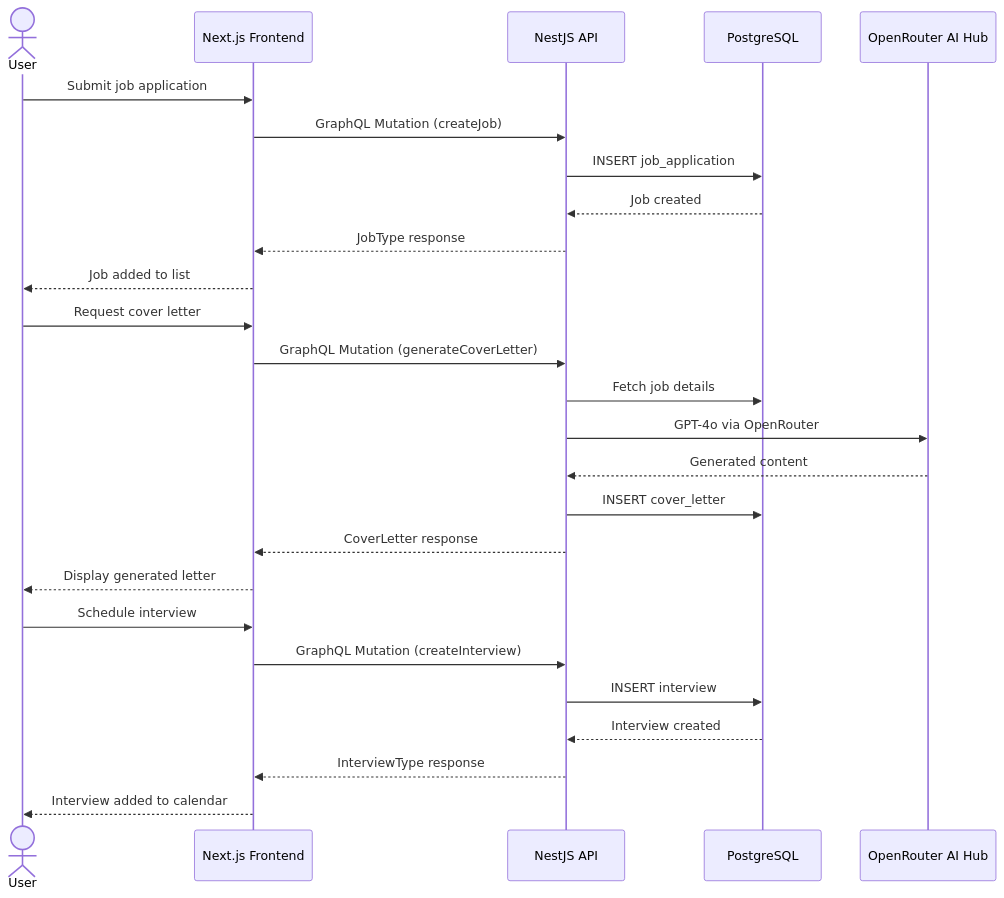
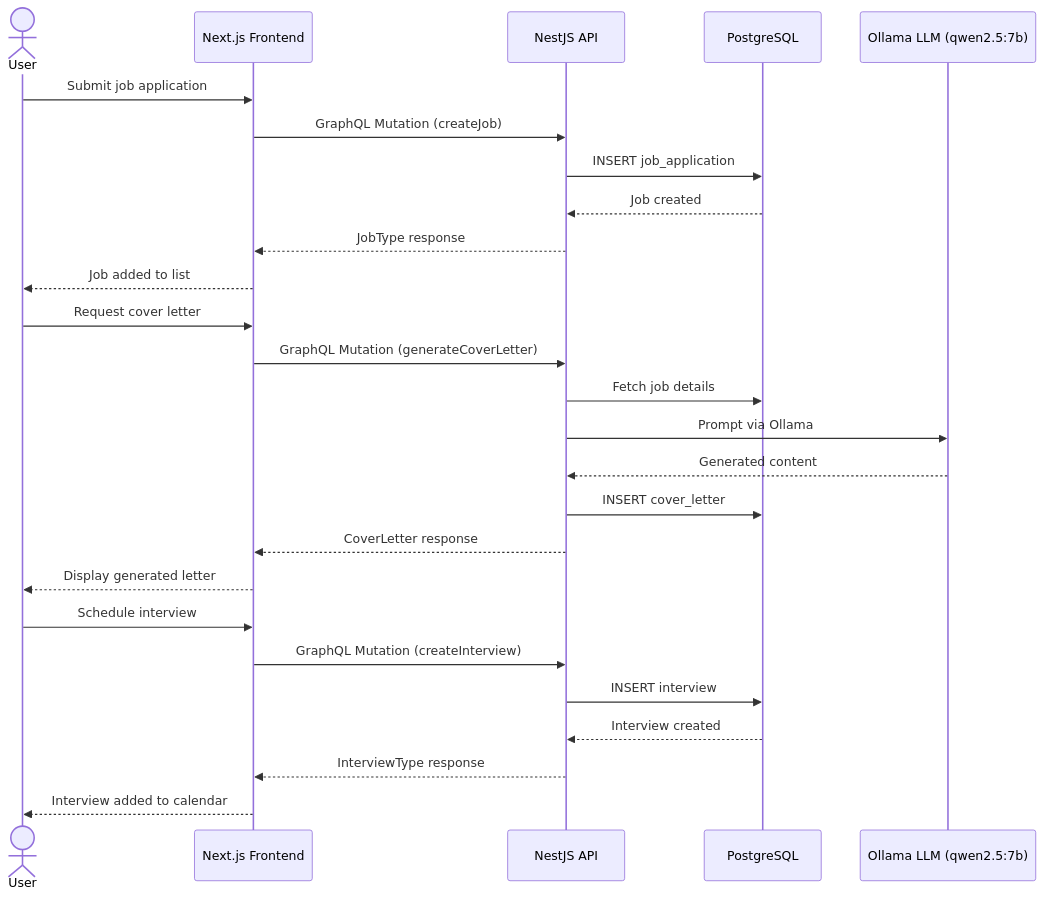
The fifth of 15 diagrams in docs/system-design.md (asmitrofanov74/JobPilotAI), drawn with Mermaid before and after one commit. The commit also changed other lines of this file, not shown here.

````diff
--- a/docs/system-design.md
+++ b/docs/system-design.md
@@ -206,31 +202,31 @@
 ```mermaid
 sequenceDiagram
     actor User
     participant Web as Next.js Frontend
     participant API as NestJS API
     participant DB as PostgreSQL
-    participant AI as OpenRouter AI Hub
+    participant AI as Ollama LLM (qwen2.5:7b)
 
     User->>Web: Submit job application
     Web->>API: GraphQL Mutation (createJob)
     API->>DB: INSERT job_application
     DB-->>API: Job created
     API-->>Web: JobType response
     Web-->>User: Job added to list
 
     User->>Web: Request cover letter
     Web->>API: GraphQL Mutation (generateCoverLetter)
     API->>DB: Fetch job details
-    API->>AI: GPT-4o via OpenRouter
+    API->>AI: Prompt via Ollama
     AI-->>API: Generated content
     API->>DB: INSERT cover_letter
     API-->>Web: CoverLetter response
     Web-->>User: Display generated letter
 
     User->>Web: Schedule interview
     Web->>API: GraphQL Mutation (createInterview)
     API->>DB: INSERT interview
     DB-->>API: Interview created
     API-->>Web: InterviewType response
     Web-->>User: Interview added to calendar
 ```
````
